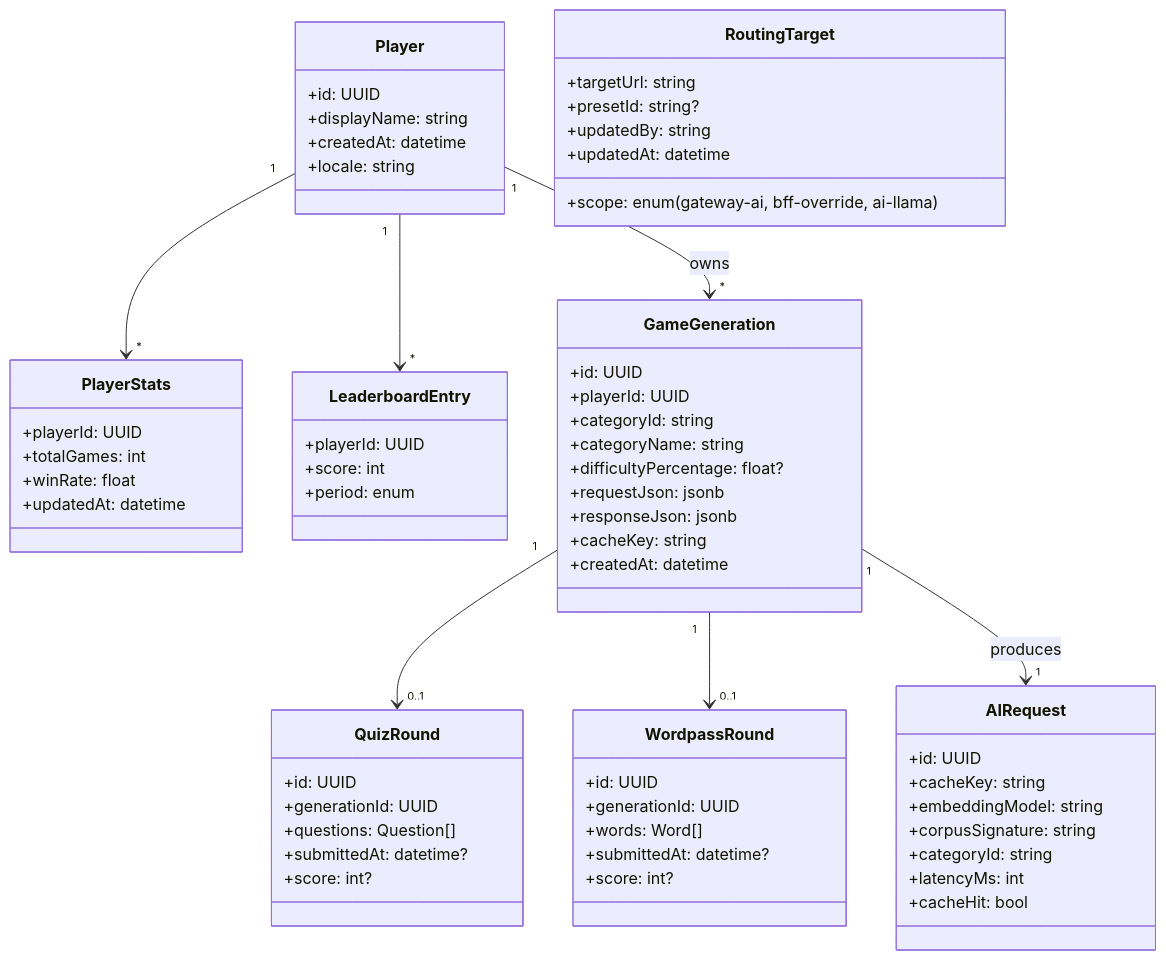
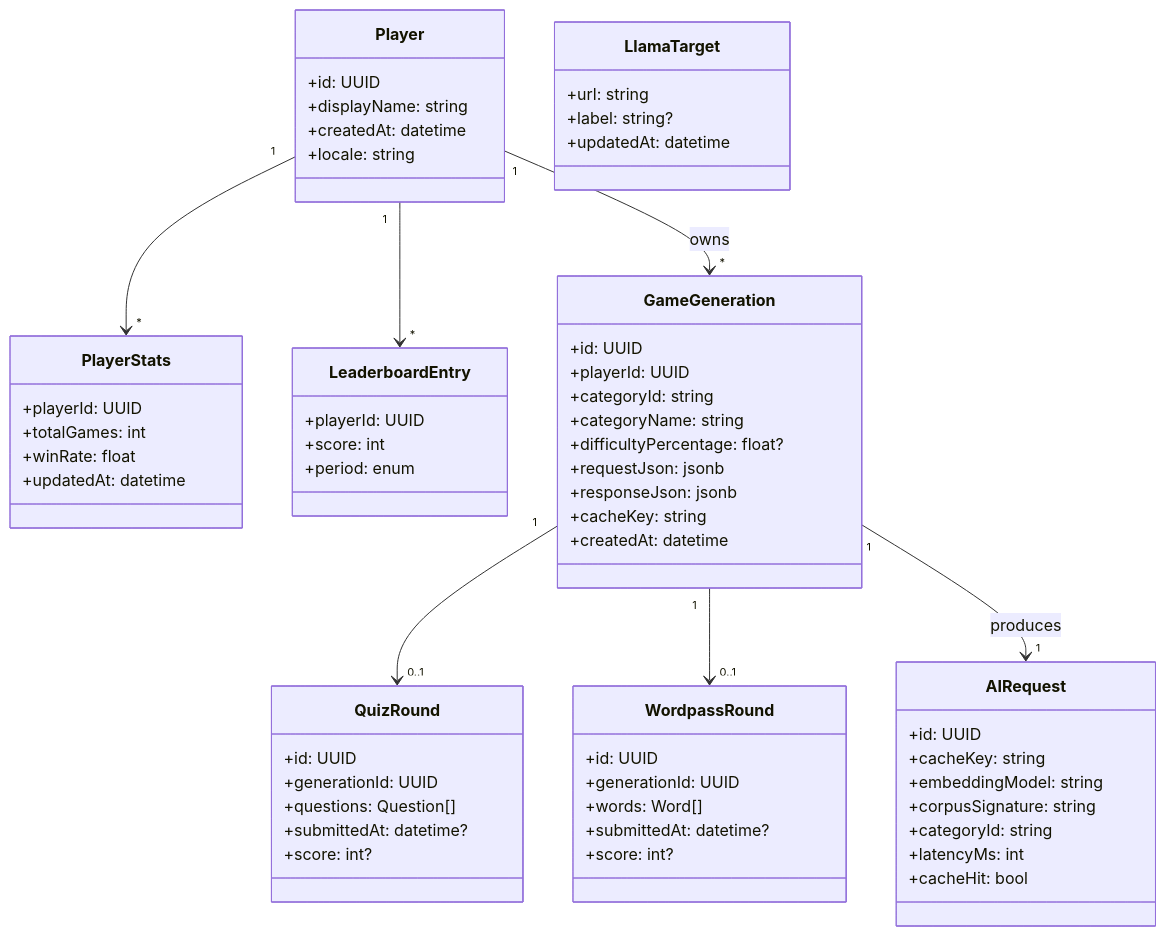
Before and after one commit to AxiomNode/docs: the diagram in architecture/domain-model.md, drawn with Mermaid. The commit also changed other lines of this file and 28 other files, not shown here.

````diff
--- a/architecture/domain-model.md
+++ b/architecture/domain-model.md
@@ -20,68 +20,66 @@
 ```mermaid
 classDiagram
   class Player {
     +id: UUID
     +displayName: string
     +createdAt: datetime
     +locale: string
   }
   class PlayerStats {
     +playerId: UUID
     +totalGames: int
     +winRate: float
     +updatedAt: datetime
   }
   class LeaderboardEntry {
     +playerId: UUID
     +score: int
     +period: enum
   }
   class GameGeneration {
     +id: UUID
     +playerId: UUID
     +categoryId: string
     +categoryName: string
     +difficultyPercentage: float?
     +requestJson: jsonb
     +responseJson: jsonb
     +cacheKey: string
     +createdAt: datetime
   }
   class QuizRound {
     +id: UUID
     +generationId: UUID
     +questions: Question[]
     +submittedAt: datetime?
     +score: int?
   }
   class WordpassRound {
     +id: UUID
     +generationId: UUID
     +words: Word[]
     +submittedAt: datetime?
     +score: int?
   }
   class AIRequest {
     +id: UUID
     +cacheKey: string
     +embeddingModel: string
     +corpusSignature: string
     +categoryId: string
     +latencyMs: int
     +cacheHit: bool
   }
-  class RoutingTarget {
-    +scope: enum (gateway-ai, bff-override, ai-llama)
-    +targetUrl: string
-    +presetId: string?
-    +updatedBy: string
+  class LlamaTarget {
+    +url: string
+    +label: string?
     +updatedAt: datetime
   }
 
   Player "1" --> "*" PlayerStats
   Player "1" --> "*" LeaderboardEntry
   Player "1" --> "*" GameGeneration : owns
   GameGeneration "1" --> "0..1" QuizRound
   GameGeneration "1" --> "0..1" WordpassRound
   GameGeneration "1" --> "1" AIRequest : produces
 ```
````
